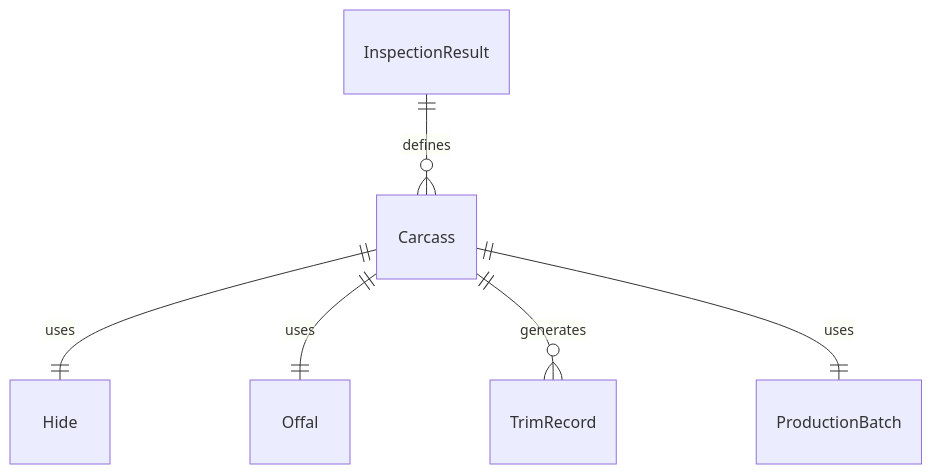
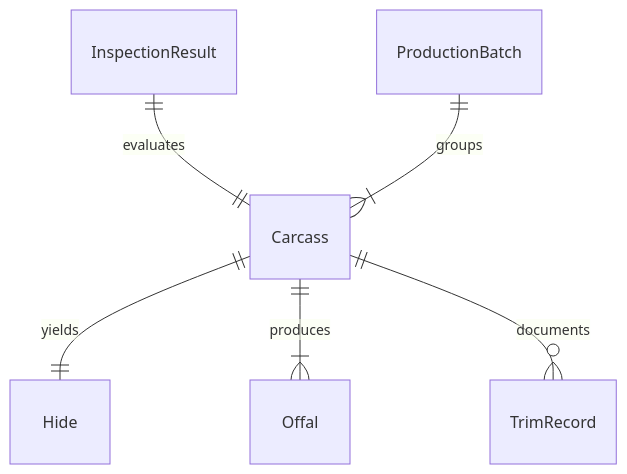
The first of 4 diagrams in HandlingAndMovingObjects/ProcessAnimalCarcasses/RemoveSkinBodyPartsAnimals.mdx (dot-org-ai/tasks.org.ai), drawn with Mermaid before and after one commit. The commit also changed other lines of this file and 515 other files, not shown here.

````diff
--- a/HandlingAndMovingObjects/ProcessAnimalCarcasses/RemoveSkinBodyPartsAnimals.mdx
+++ b/HandlingAndMovingObjects/ProcessAnimalCarcasses/RemoveSkinBodyPartsAnimals.mdx
@@ -87,8 +87,8 @@
 ```mermaid
 erDiagram
-    Carcass ||--|| Hide : "uses"
-    Carcass ||--|| Offal : "uses"
-    Carcass ||--o{ TrimRecord : "generates"
-    InspectionResult ||--o{ Carcass : "defines"
-    Carcass ||--|| ProductionBatch : "uses"
+    Carcass ||--|| Hide : "yields"
+    Carcass ||--|{ Offal : "produces"
+    Carcass ||--o{ TrimRecord : "documents"
+    InspectionResult ||--|| Carcass : "evaluates"
+    ProductionBatch ||--|{ Carcass : "groups"
 ```
````
